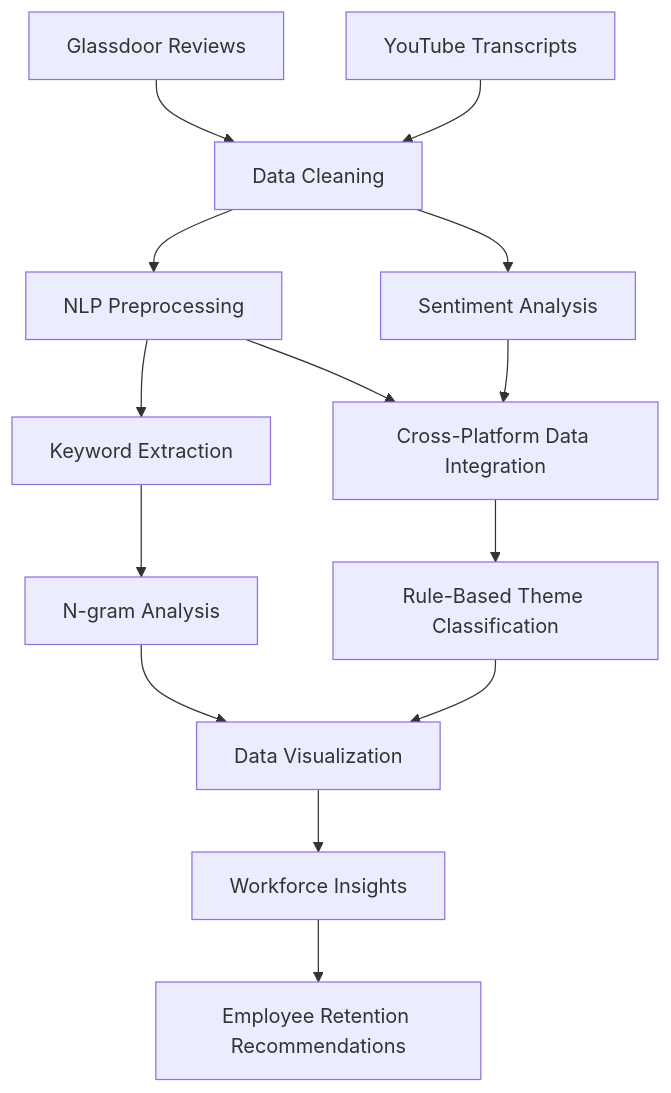
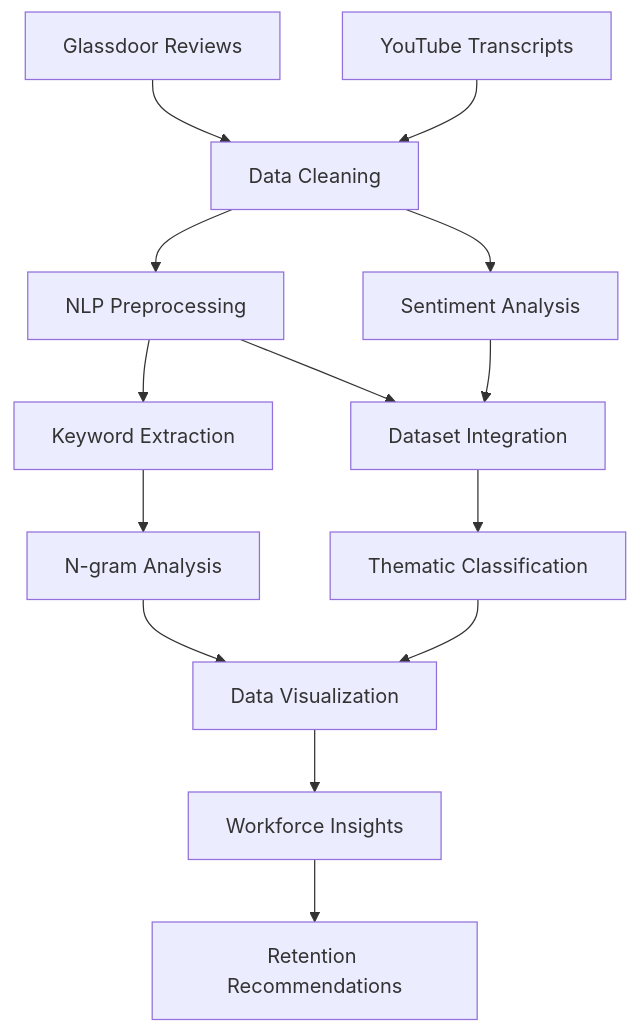
One commit to pairotkijja2006-netizen/Amazon-Fulfillment-Centers-Externship changed the diagram in README.md. Above: the diagram before and after it, drawn with Mermaid. The commit also changed other lines of this file and 24 other files, not shown here.

````diff
--- a/README.md
+++ b/README.md
@@ -108,16 +105,16 @@
 ```mermaid
 flowchart TD
     A[Glassdoor Reviews] --> C[Data Cleaning]
     B[YouTube Transcripts] --> C
     C --> D[NLP Preprocessing]
     C --> E[Sentiment Analysis]
     D --> F[Keyword Extraction]
     F --> G[N-gram Analysis]
-    D --> H[Cross-Platform Data Integration]
+    D --> H[Dataset Integration]
     E --> H
-    H --> I[Rule-Based Theme Classification]
+    H --> I[Thematic Classification]
     G --> J[Data Visualization]
     I --> J
     J --> K[Workforce Insights]
-    K --> L[Employee Retention Recommendations]
+    K --> L[Retention Recommendations]
 ```
````
